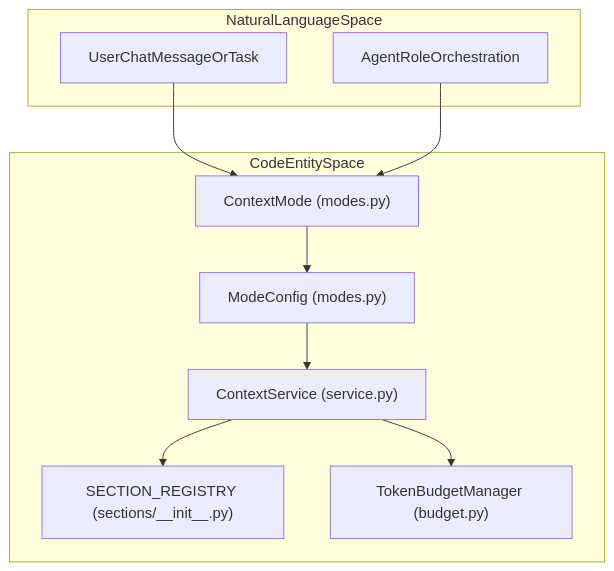
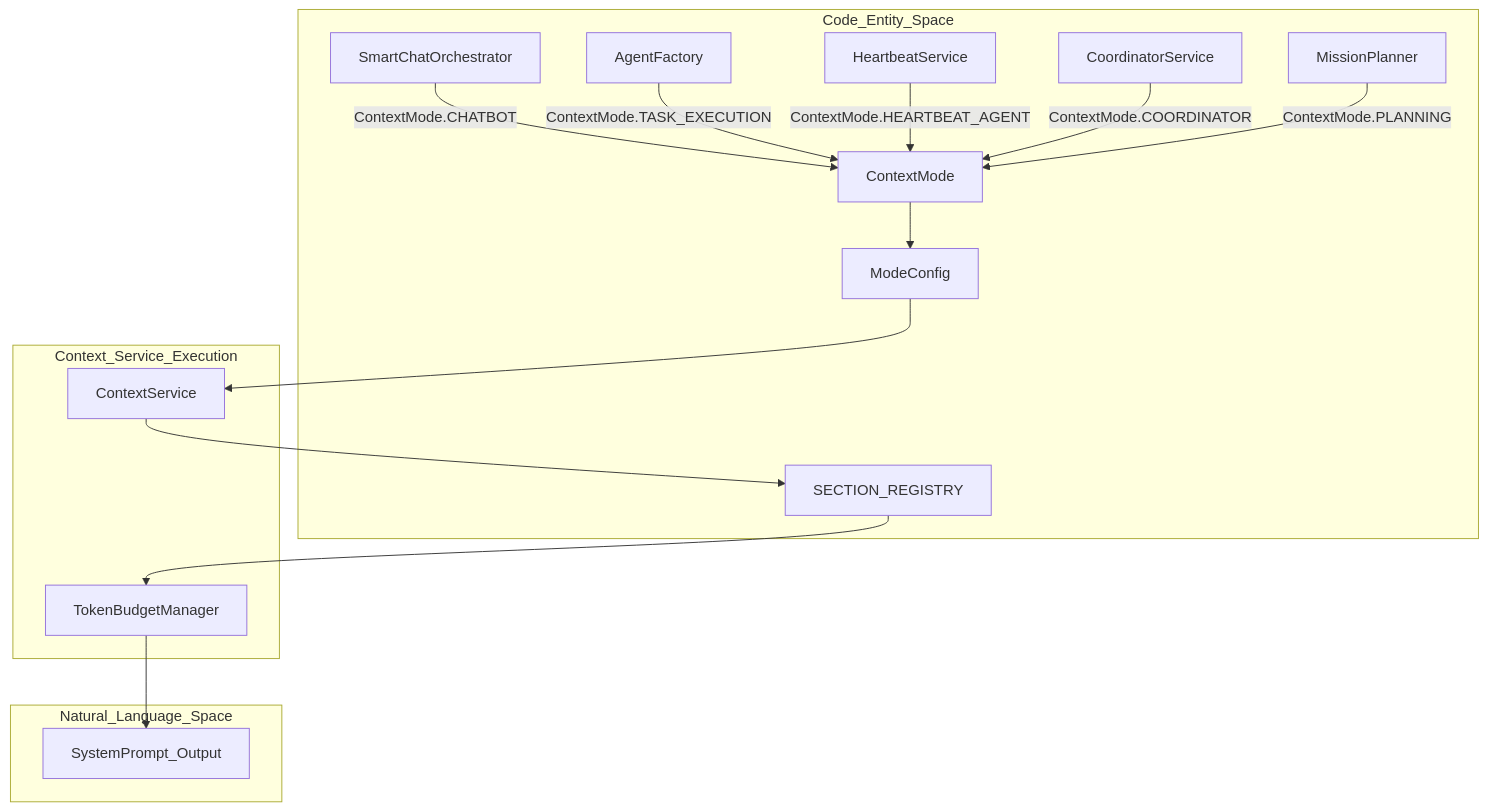
The first of 2 diagrams in docs/context-service/context-modes.md (AutomatosAI/automatos-ai), drawn with Mermaid before and after one commit. The commit also changed other lines of this file and 188 other files, not shown here.

First line of the commit message:
docs: refresh architecture docs and add coverage for new subsystems (#1416)

````diff
--- a/docs/context-service/context-modes.md
+++ b/docs/context-service/context-modes.md
@@ -51,22 +61,34 @@
 ```mermaid
 graph TB
-    subgraph "NaturalLanguageSpace"
-        UserRequest["UserChatMessageOrTask"]
-        AgentRole["AgentRoleOrchestration"]
+    subgraph "Code_Entity_Space"
+        Chat["SmartChatOrchestrator"]
+        AgentFactory["AgentFactory"]
+        Heartbeat["HeartbeatService"]
+        Coordinator["CoordinatorService"]
+        Planner["MissionPlanner"]
+        ModesEnum["ContextMode"]
+        ModeConfigClass["ModeConfig"]
+        Registry["SECTION_REGISTRY"]
     end
 
-    subgraph "CodeEntitySpace"
-        Enum["ContextMode (modes.py)"]
-        Config["ModeConfig (modes.py)"]
-        Service["ContextService (service.py)"]
-        Registry["SECTION_REGISTRY (sections/__init__.py)"]
-        BudgetMgr["TokenBudgetManager (budget.py)"]
+    subgraph "Context_Service_Execution"
+        Svc["ContextService"]
+        BudgetMgr["TokenBudgetManager"]
     end
 
-    UserRequest --> Enum
-    AgentRole --> Enum
-    Enum --> Config
-    Config --> Service
-    Service --> Registry
-    Service --> BudgetMgr
+    subgraph "Natural_Language_Space"
+        Prompt["SystemPrompt_Output"]
+    end
+
+    Chat -->|"ContextMode.CHATBOT"| ModesEnum
+    AgentFactory -->|"ContextMode.TASK_EXECUTION"| ModesEnum
+    Heartbeat -->|"ContextMode.HEARTBEAT_AGENT"| ModesEnum
+    Coordinator -->|"ContextMode.COORDINATOR"| ModesEnum
+    Planner -->|"ContextMode.PLANNING"| ModesEnum
+
+    ModesEnum --> ModeConfigClass
+    ModeConfigClass --> Svc
+    Svc --> Registry
+    Registry --> BudgetMgr
+    BudgetMgr --> Prompt
 ```
````
